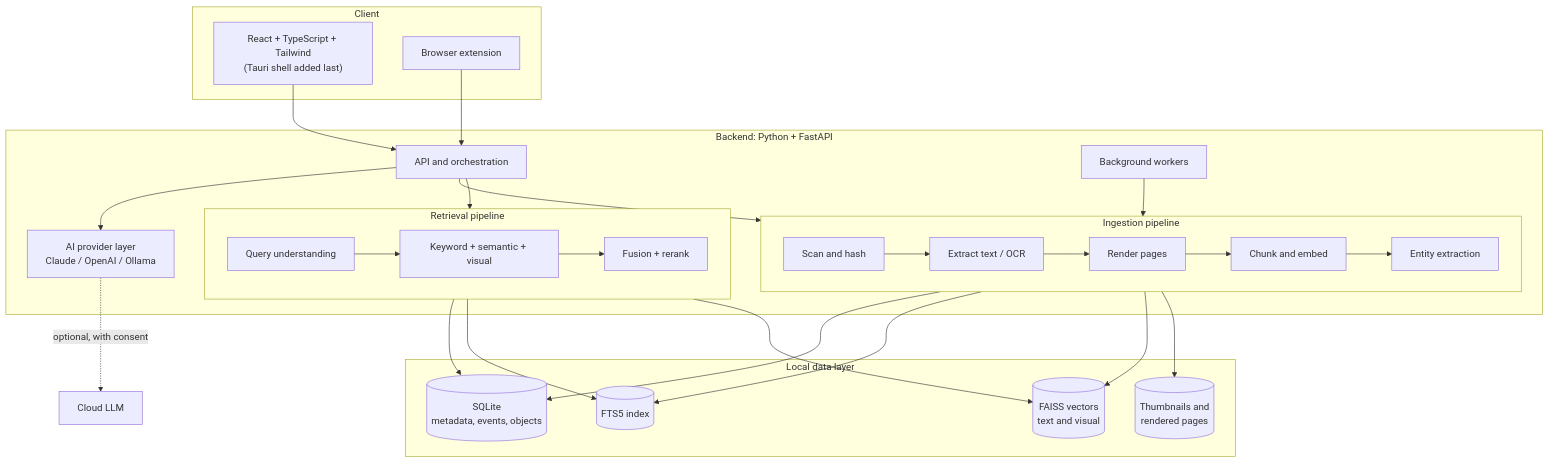
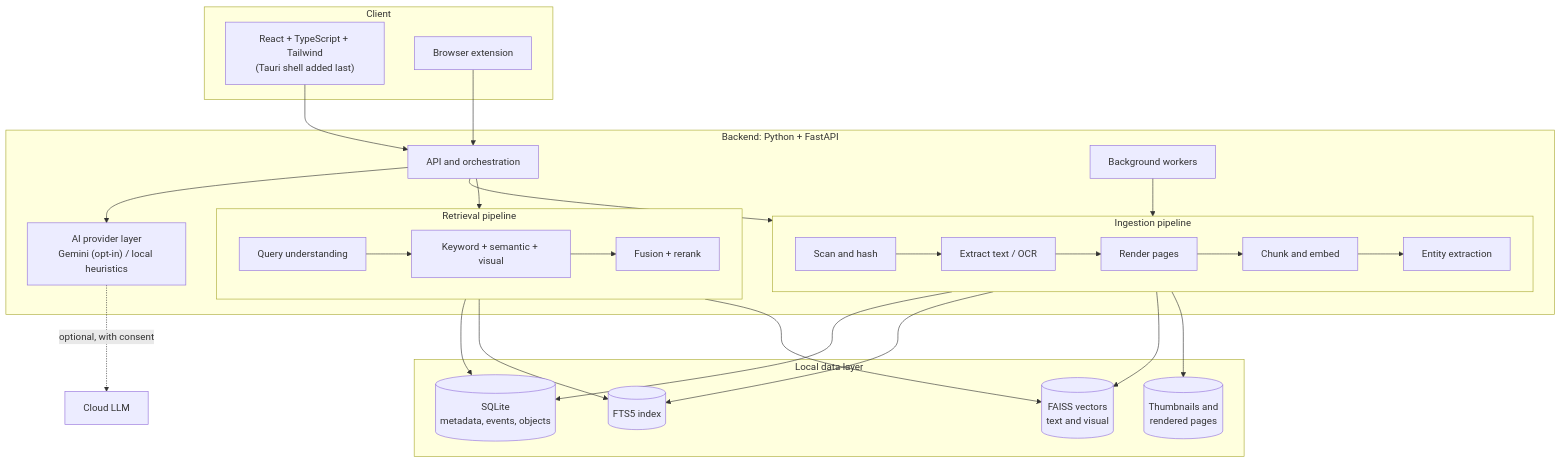
One commit to yashrao11/recall changed the third of 4 diagrams in README.md. Above: the diagram before and after it, drawn with Mermaid. The commit also changed other lines of this file and 26 other files, not shown here.

````diff
--- a/README.md
+++ b/README.md
@@ -211,45 +212,45 @@
 ```mermaid
 flowchart TB
   subgraph Client["Client"]
     UI["React + TypeScript + Tailwind<br/>(Tauri shell added last)"]
     EXT["Browser extension"]
   end
 
   subgraph Backend["Backend: Python + FastAPI"]
     API["API and orchestration"]
     subgraph ING["Ingestion pipeline"]
       I1["Scan and hash"] --> I2["Extract text / OCR"]
       I2 --> I3["Render pages"]
       I3 --> I4["Chunk and embed"]
       I4 --> I5["Entity extraction"]
     end
     subgraph RET["Retrieval pipeline"]
       R1["Query understanding"] --> R2["Keyword + semantic + visual"]
       R2 --> R3["Fusion + rerank"]
     end
-    AI["AI provider layer<br/>Claude / OpenAI / Ollama"]
+    AI["AI provider layer<br/>Gemini (opt-in) / local heuristics"]
     WK["Background workers"]
   end
 
   subgraph Data["Local data layer"]
     DB[("SQLite<br/>metadata, events, objects")]
     FTS[("FTS5 index")]
     VEC[("FAISS vectors<br/>text and visual")]
     FS[("Thumbnails and<br/>rendered pages")]
   end
 
   UI --> API
   EXT --> API
   API --> ING
   API --> RET
   API --> AI
   WK --> ING
   ING --> DB
   ING --> FTS
   ING --> VEC
   ING --> FS
   RET --> DB
   RET --> FTS
   RET --> VEC
   AI -. "optional, with consent" .-> Cloud["Cloud LLM"]
 ```
````
